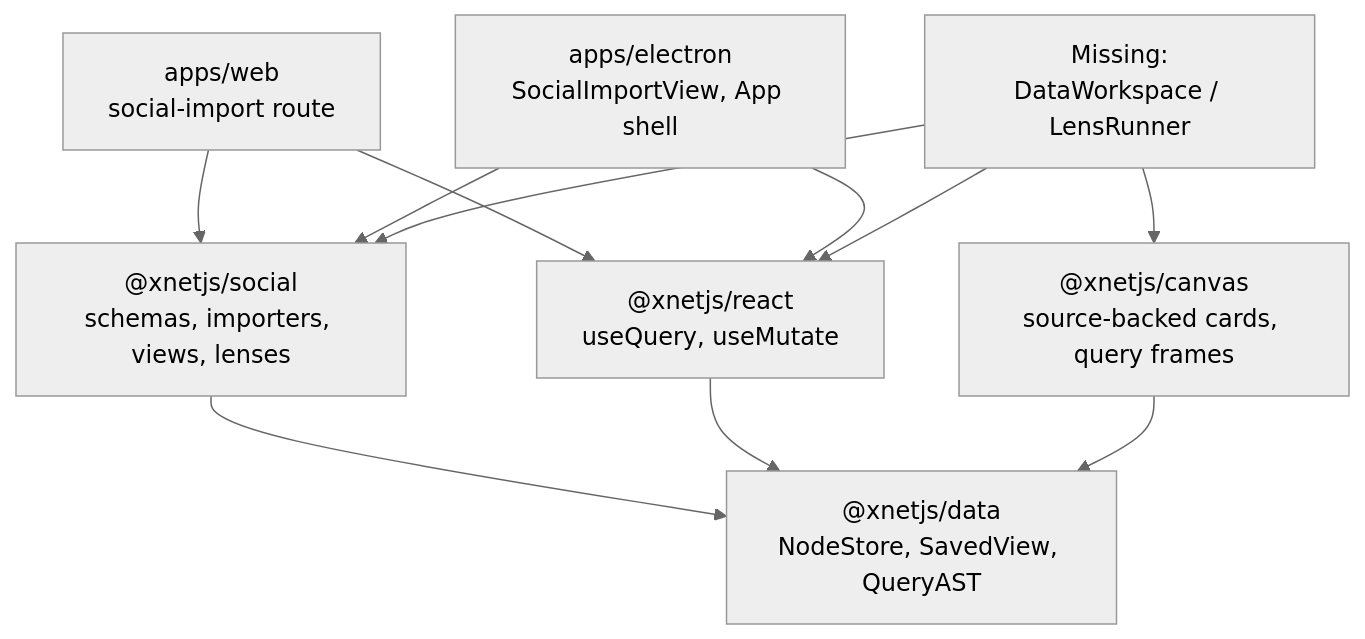
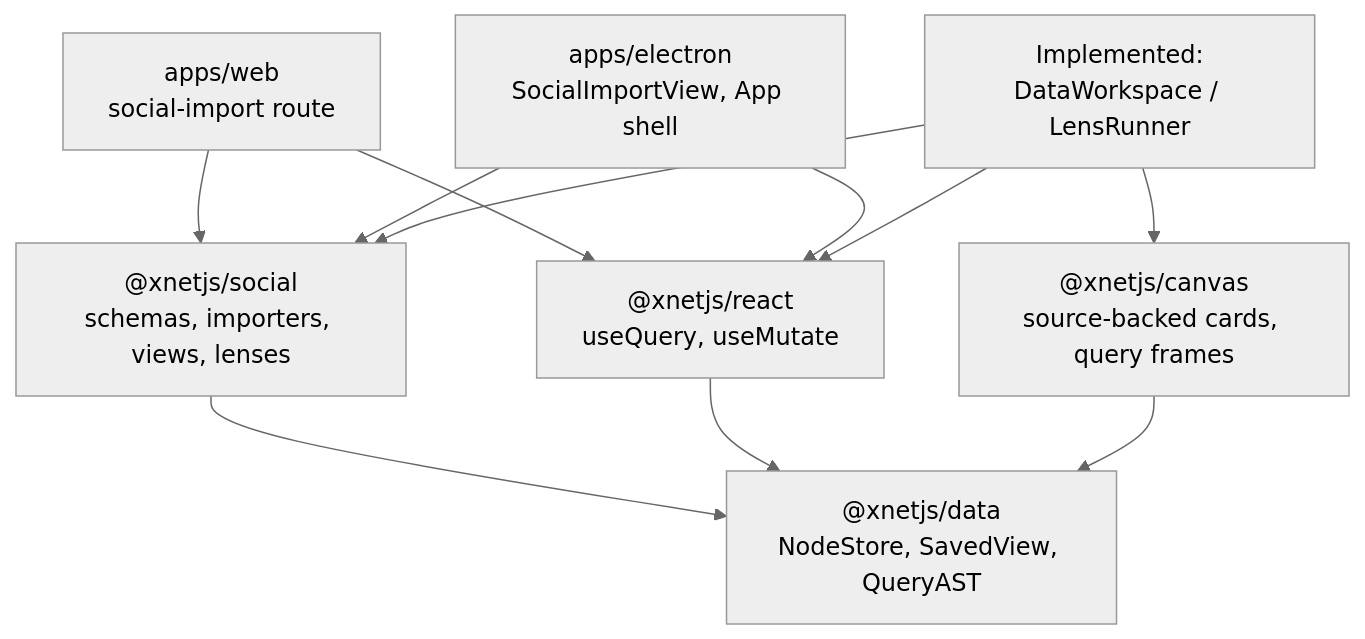
One commit to crs48/xNet changed the second of 7 diagrams in docs/explorations/0153_[_]_SOCIAL_DATA_WORKSPACE_UI.md. Above: the diagram before and after it, drawn with Mermaid (neutral theme). The commit also changed other lines of this file, not shown here.

First line of the commit message:
docs(exploration): summarize social workspace implementation

````diff
--- a/docs/explorations/0153_[_]_SOCIAL_DATA_WORKSPACE_UI.md
+++ b/docs/explorations/0153_[_]_SOCIAL_DATA_WORKSPACE_UI.md
@@ -213,13 +243,13 @@
 ```mermaid
 graph TD
   Social["@xnetjs/social<br/>schemas, importers, views, lenses"] --> Data["@xnetjs/data<br/>NodeStore, SavedView, QueryAST"]
   React["@xnetjs/react<br/>useQuery, useMutate"] --> Data
   Web["apps/web<br/>social-import route"] --> Social
   Web --> React
   Electron["apps/electron<br/>SocialImportView, App shell"] --> Social
   Electron --> React
   Canvas["@xnetjs/canvas<br/>source-backed cards, query frames"] --> Data
-  Workspace["Missing:<br/>DataWorkspace / LensRunner"] --> Social
+  Workspace["Implemented:<br/>DataWorkspace / LensRunner"] --> Social
   Workspace --> React
   Workspace --> Canvas
 ```
````
